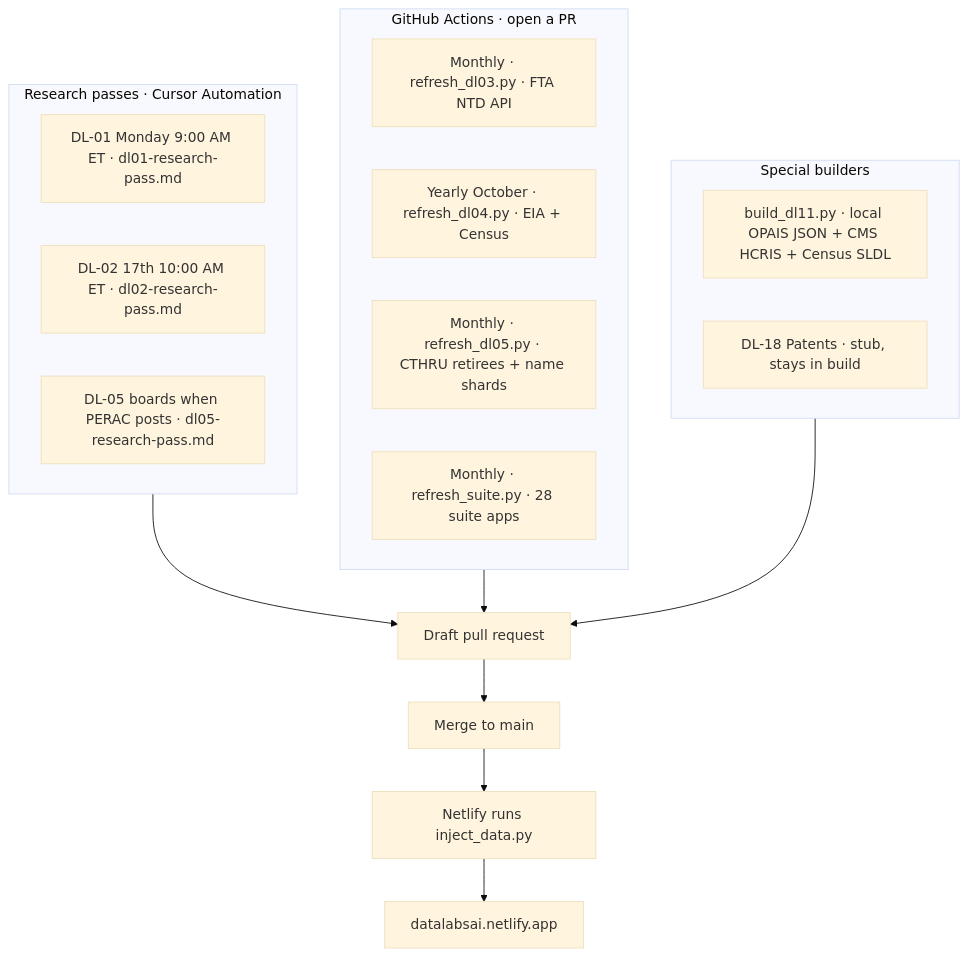
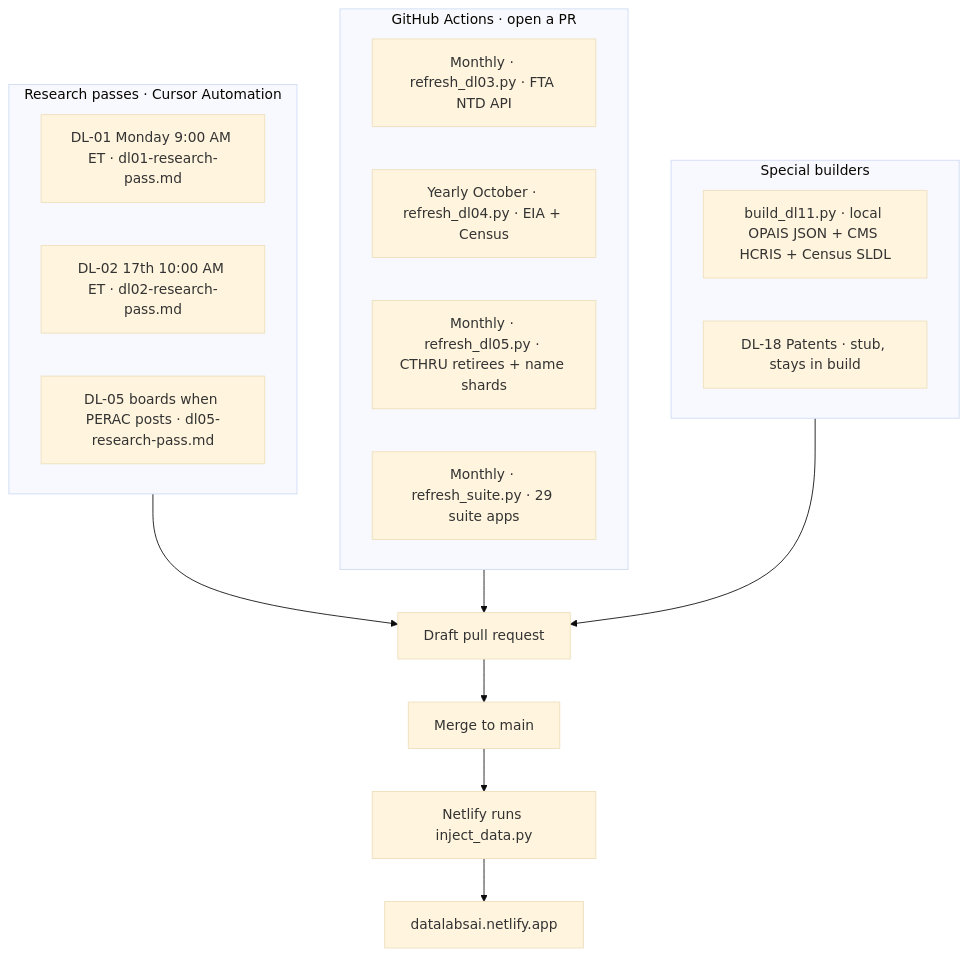
Before and after one commit to jcalabr3ez/datalabs-prototype: the sixth of 8 diagrams in ARCHITECTURE.md, drawn with Mermaid (base theme). The commit also changed other lines of this file and 27 other files, not shown here.

````diff
--- a/ARCHITECTURE.md
+++ b/ARCHITECTURE.md
@@ -193,24 +193,24 @@
 ```mermaid
 flowchart TB
   subgraph human [Research passes · Cursor Automation]
     R01["DL-01 Monday 9:00 AM ET · dl01-research-pass.md"]
     R02["DL-02 17th 10:00 AM ET · dl02-research-pass.md"]
     R05b["DL-05 boards when PERAC posts · dl05-research-pass.md"]
   end
   subgraph actions [GitHub Actions · open a PR]
     A03["Monthly · refresh_dl03.py · FTA NTD API"]
     A04["Yearly October · refresh_dl04.py · EIA + Census"]
     A05["Monthly · refresh_dl05.py · CTHRU retirees + name shards"]
-    A06["Monthly · refresh_suite.py · 28 suite apps"]
+    A06["Monthly · refresh_suite.py · 29 suite apps"]
   end
   subgraph special [Special builders]
     B11["build_dl11.py · local OPAIS JSON + CMS HCRIS + Census SLDL"]
     B18["DL-18 Patents · stub, stays in build"]
   end
   human --> PR[Draft pull request]
   actions --> PR
   special --> PR
   PR --> Main[Merge to main]
   Main --> Netlify[Netlify runs inject_data.py]
   Netlify --> Live[datalabsai.netlify.app]
 ```
````
